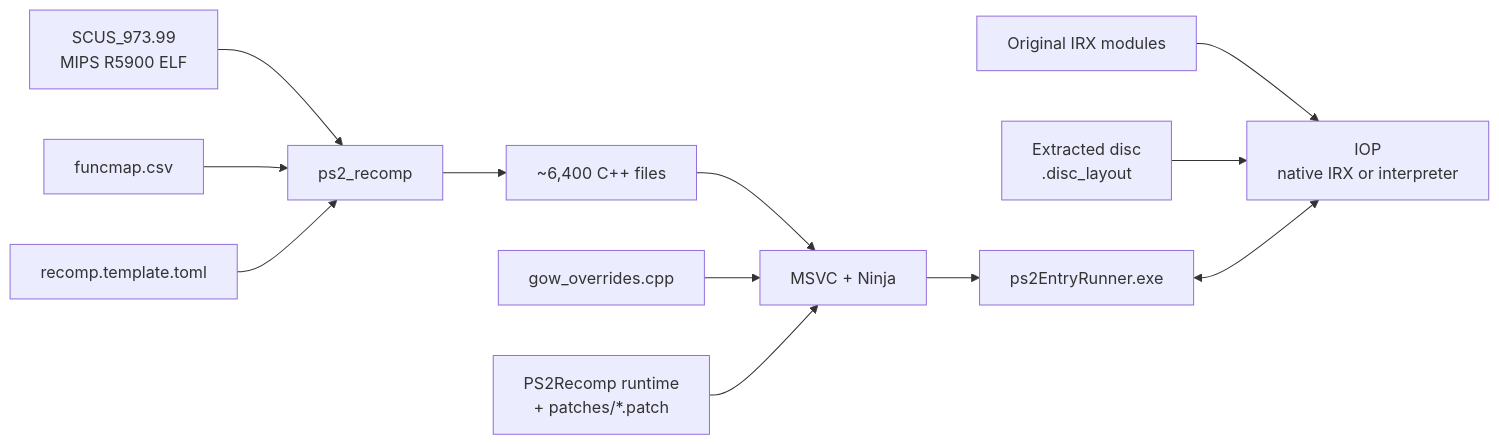
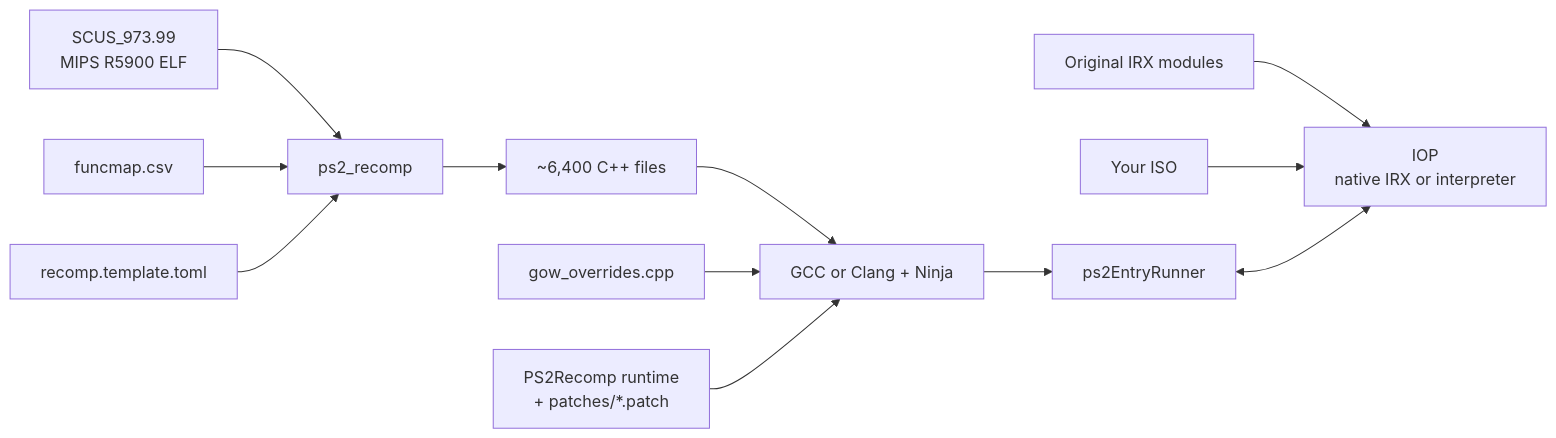
Before and after one commit to igormcsouza/god-of-war-recomp: the diagram in README.md, drawn with Mermaid. The commit also changed other lines of this file and 305 other files, not shown here.

````diff
--- a/README.md
+++ b/README.md
@@ -249,14 +148,14 @@
 ```mermaid
 flowchart LR
     A[SCUS_973.99<br/>MIPS R5900 ELF] --> B[ps2_recomp]
     M[funcmap.csv] --> B
     C[recomp.template.toml] --> B
     B --> D[~6,400 C++ files]
-    D --> E[MSVC + Ninja]
+    D --> E[GCC or Clang + Ninja]
     O[gow_overrides.cpp] --> E
     P["PS2Recomp runtime<br/>+ patches/*.patch"] --> E
-    E --> F[ps2EntryRunner.exe]
+    E --> F[ps2EntryRunner]
     I[Original IRX modules] --> G[IOP<br/>native IRX or interpreter]
-    ISO["Extracted disc<br/>.disc_layout"] --> G
+    ISO[Your ISO] --> G
     F <--> G
 ```
````
